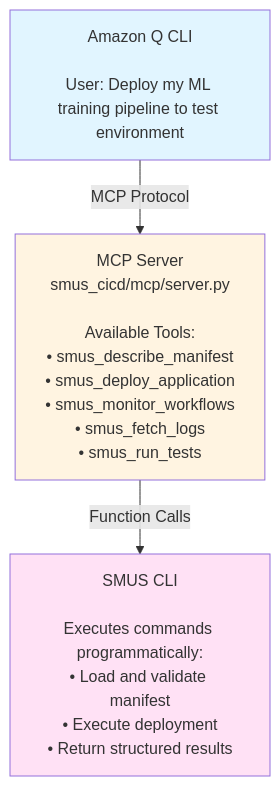
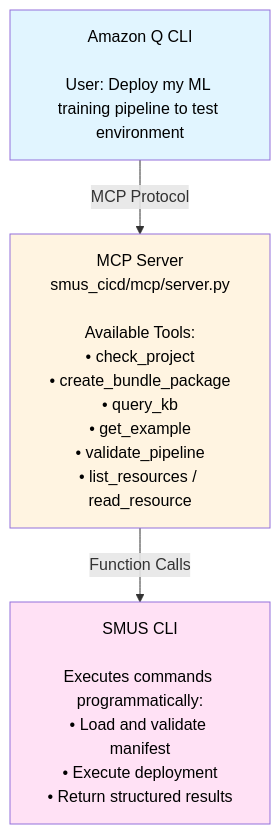
Before and after one commit to vasu2856/CICD-for-SageMakerUnifiedStudio-public: the fifth of 11 diagrams in docs/architecture.md, drawn with Mermaid. The commit also changed other lines of this file and 24 other files, not shown here.

````diff
--- a/docs/architecture.md
+++ b/docs/architecture.md
@@ -716,16 +728,16 @@
 ```mermaid
 graph TB
     User[Amazon Q CLI<br/><br/>User: Deploy my ML training pipeline to test environment]
     
     User -->|MCP Protocol| MCP
     
-    MCP[MCP Server<br/>smus_cicd/mcp/server.py<br/><br/>Available Tools:<br/>• smus_describe_manifest<br/>• smus_deploy_application<br/>• smus_monitor_workflows<br/>• smus_fetch_logs<br/>• smus_run_tests]
+    MCP[MCP Server<br/>smus_cicd/mcp/server.py<br/><br/>Available Tools:<br/>• check_project<br/>• create_bundle_package<br/>• query_kb<br/>• get_example<br/>• validate_pipeline<br/>• list_resources / read_resource]
     
     MCP -->|Function Calls| CLI
     
     CLI[SMUS CLI<br/><br/>Executes commands programmatically:<br/>• Load and validate manifest<br/>• Execute deployment<br/>• Return structured results]
     
-    style User fill:#e1f5ff
-    style MCP fill:#fff4e1
-    style CLI fill:#ffe1f5
+    style User fill:#e1f5ff,color:#000,font-weight:normal
+    style MCP fill:#fff4e1,color:#000,font-weight:normal
+    style CLI fill:#ffe1f5,color:#000,font-weight:normal
 ```
````
